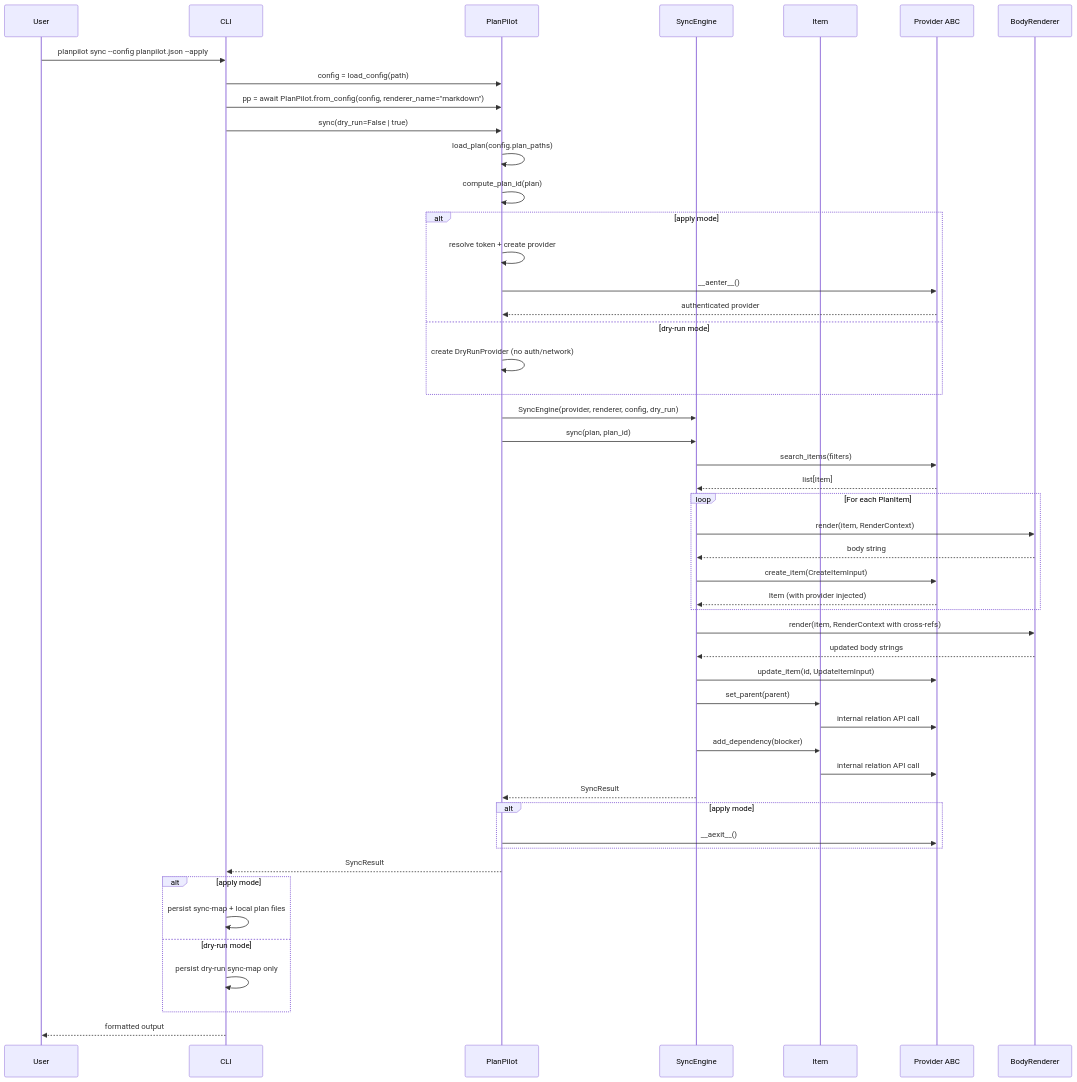
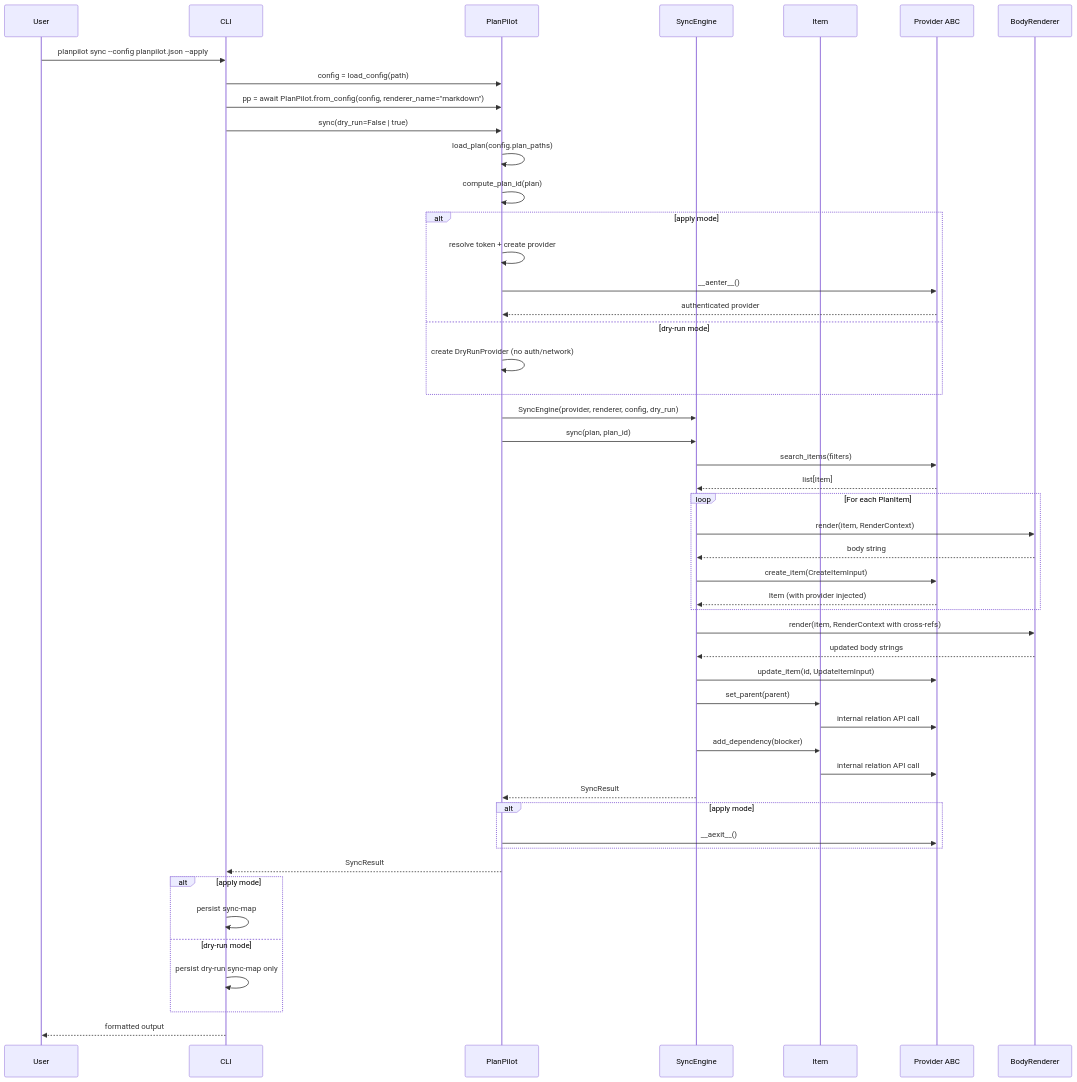
One commit to aryeko/planpilot changed the third of 3 diagrams in docs/design/architecture.md. Above: the diagram before and after it, drawn with Mermaid. The commit also changed 32 other files, not shown here.

````diff
--- a/docs/design/architecture.md
+++ b/docs/design/architecture.md
@@ -218,57 +218,57 @@
 ```mermaid
 sequenceDiagram
     participant User
     participant CLI
     participant SDK as PlanPilot
     participant Engine as SyncEngine
     participant Item as Item
     participant Provider as Provider ABC
     participant Renderer as BodyRenderer
 
     User->>CLI: planpilot sync --config planpilot.json --apply
     CLI->>SDK: config = load_config(path)
     CLI->>SDK: pp = await PlanPilot.from_config(config, renderer_name="markdown")
     CLI->>SDK: sync(dry_run=False | true)
     SDK->>SDK: load_plan(config.plan_paths)
     SDK->>SDK: compute_plan_id(plan)
     alt apply mode
         SDK->>SDK: resolve token + create provider
         SDK->>Provider: __aenter__()
         Provider-->>SDK: authenticated provider
     else dry-run mode
         SDK->>SDK: create DryRunProvider (no auth/network)
     end
     SDK->>Engine: SyncEngine(provider, renderer, config, dry_run)
     SDK->>Engine: sync(plan, plan_id)
 
     Engine->>Provider: search_items(filters)
     Provider-->>Engine: list[Item]
 
     loop For each PlanItem
         Engine->>Renderer: render(item, RenderContext)
         Renderer-->>Engine: body string
         Engine->>Provider: create_item(CreateItemInput)
         Provider-->>Engine: Item (with provider injected)
     end
 
     Engine->>Renderer: render(item, RenderContext with cross-refs)
     Renderer-->>Engine: updated body strings
     Engine->>Provider: update_item(id, UpdateItemInput)
 
     Engine->>Item: set_parent(parent)
     Item->>Provider: internal relation API call
     Engine->>Item: add_dependency(blocker)
     Item->>Provider: internal relation API call
 
     Engine-->>SDK: SyncResult
     alt apply mode
         SDK->>Provider: __aexit__()
     end
     SDK-->>CLI: SyncResult
     alt apply mode
-        CLI->>CLI: persist sync-map + local plan files
+        CLI->>CLI: persist sync-map
     else dry-run mode
         CLI->>CLI: persist dry-run sync-map only
     end
     CLI-->>User: formatted output
 ```
````
